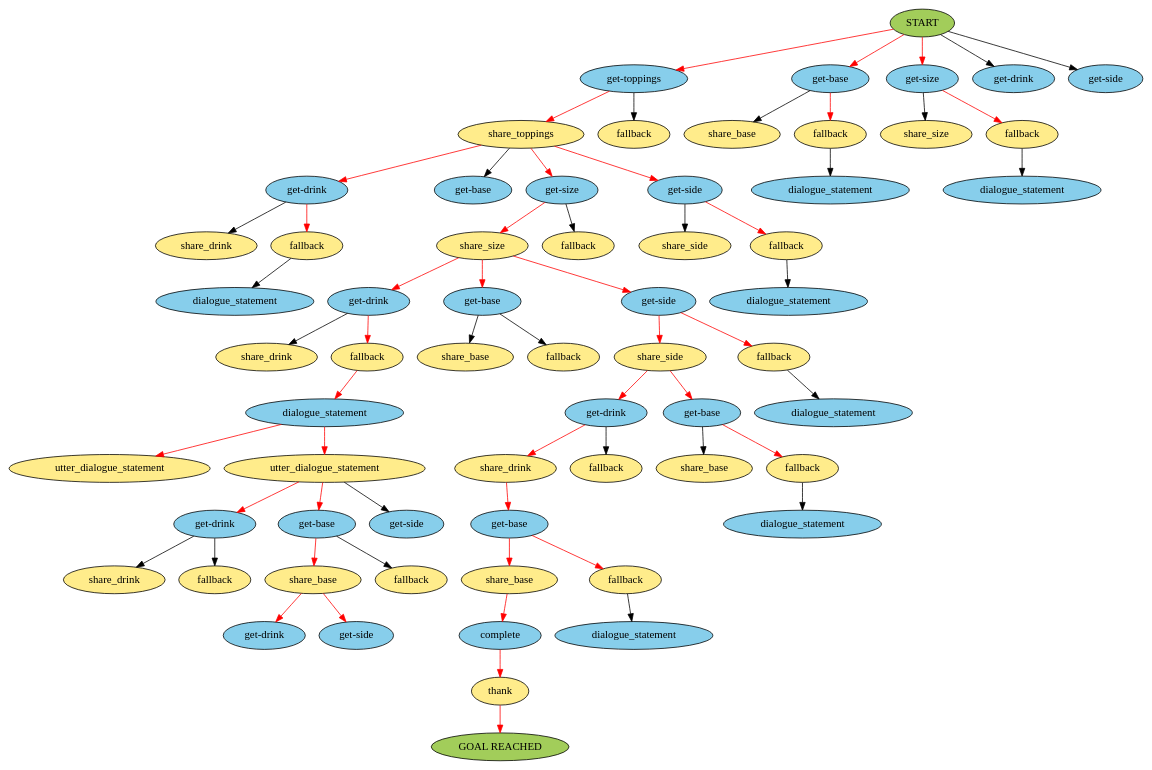
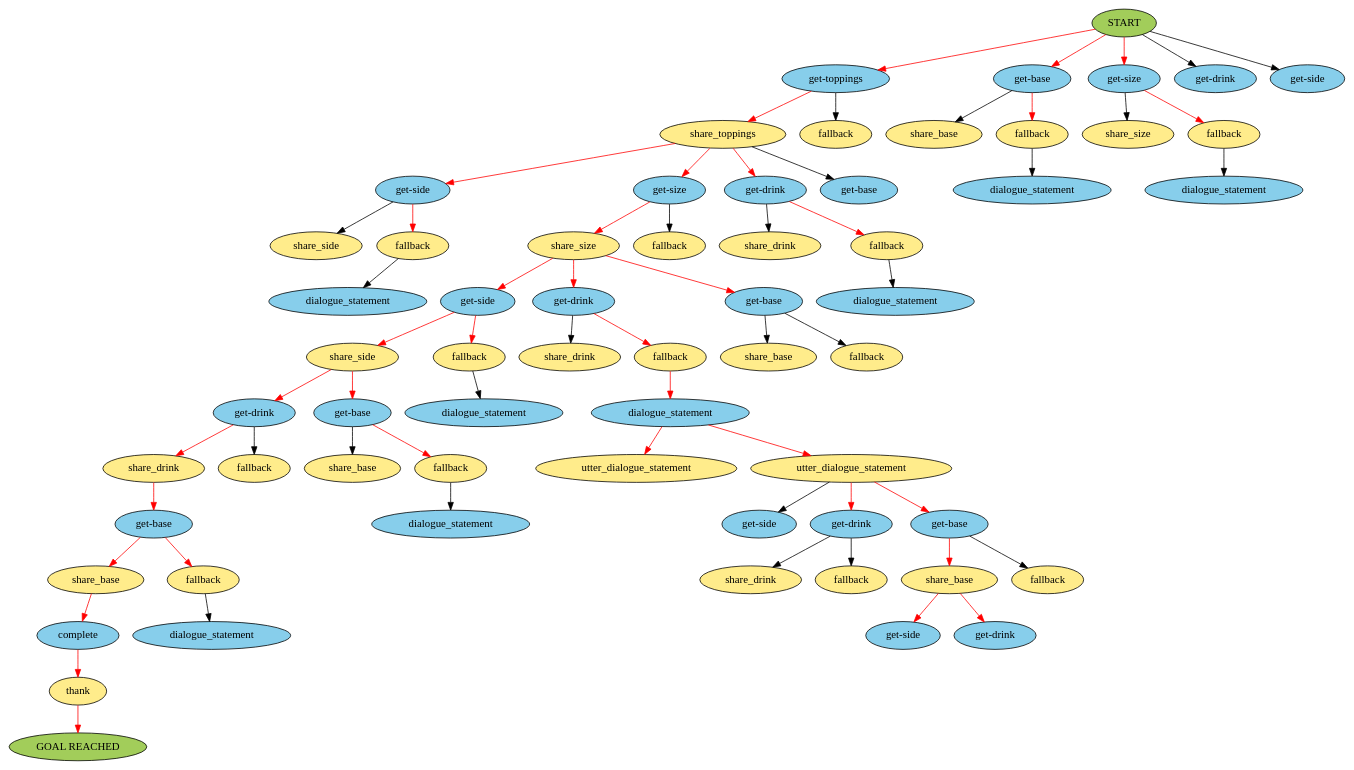
One commit to IBM/contingent-plan-executor changed the diagram in beam_search.gv. Above: the diagram before and after it, drawn with Graphviz. The commit also changed 3 other files, not shown here.

```diff
--- a/beam_search.gv
+++ b/beam_search.gv
@@ -1,125 +1,125 @@
 digraph {
 	0 [label=START fillcolor=darkolivegreen3 style=filled]
 	1 [label="get-toppings" fillcolor=skyblue style=filled]
 	0 -> 1 [color=red]
 	2 [label="get-base" fillcolor=skyblue style=filled]
 	0 -> 2 [color=red]
 	3 [label="get-size" fillcolor=skyblue style=filled]
 	0 -> 3 [color=red]
 	4 [label="get-drink" fillcolor=skyblue style=filled]
 	0 -> 4 [color=black]
 	5 [label="get-side" fillcolor=skyblue style=filled]
 	0 -> 5 [color=black]
 	6 [label=share_toppings fillcolor=lightgoldenrod1 style=filled]
 	1 -> 6 [color=red]
 	7 [label=fallback fillcolor=lightgoldenrod1 style=filled]
 	1 -> 7 [color=black]
 	8 [label=share_base fillcolor=lightgoldenrod1 style=filled]
 	2 -> 8 [color=black]
 	9 [label=fallback fillcolor=lightgoldenrod1 style=filled]
 	2 -> 9 [color=red]
 	10 [label=share_size fillcolor=lightgoldenrod1 style=filled]
 	3 -> 10 [color=black]
 	11 [label=fallback fillcolor=lightgoldenrod1 style=filled]
 	3 -> 11 [color=red]
-	12 [label="get-drink" fillcolor=skyblue style=filled]
+	12 [label="get-side" fillcolor=skyblue style=filled]
 	6 -> 12 [color=red]
-	13 [label="get-base" fillcolor=skyblue style=filled]
-	6 -> 13 [color=black]
-	14 [label="get-size" fillcolor=skyblue style=filled]
+	13 [label="get-size" fillcolor=skyblue style=filled]
+	6 -> 13 [color=red]
+	14 [label="get-drink" fillcolor=skyblue style=filled]
 	6 -> 14 [color=red]
-	15 [label="get-side" fillcolor=skyblue style=filled]
-	6 -> 15 [color=red]
+	15 [label="get-base" fillcolor=skyblue style=filled]
+	6 -> 15 [color=black]
 	16 [label=dialogue_statement fillcolor=skyblue style=filled]
 	9 -> 16 [color=black]
 	17 [label=dialogue_statement fillcolor=skyblue style=filled]
 	11 -> 17 [color=black]
 	18 [label=share_size fillcolor=lightgoldenrod1 style=filled]
-	14 -> 18 [color=red]
+	13 -> 18 [color=red]
 	19 [label=fallback fillcolor=lightgoldenrod1 style=filled]
-	14 -> 19 [color=black]
+	13 -> 19 [color=black]
 	20 [label=share_side fillcolor=lightgoldenrod1 style=filled]
-	15 -> 20 [color=black]
+	12 -> 20 [color=black]
 	21 [label=fallback fillcolor=lightgoldenrod1 style=filled]
-	15 -> 21 [color=red]
+	12 -> 21 [color=red]
 	22 [label=share_drink fillcolor=lightgoldenrod1 style=filled]
-	12 -> 22 [color=black]
+	14 -> 22 [color=black]
 	23 [label=fallback fillcolor=lightgoldenrod1 style=filled]
-	12 -> 23 [color=red]
-	24 [label="get-drink" fillcolor=skyblue style=filled]
+	14 -> 23 [color=red]
+	24 [label="get-side" fillcolor=skyblue style=filled]
 	18 -> 24 [color=red]
-	25 [label="get-base" fillcolor=skyblue style=filled]
+	25 [label="get-drink" fillcolor=skyblue style=filled]
 	18 -> 25 [color=red]
-	26 [label="get-side" fillcolor=skyblue style=filled]
+	26 [label="get-base" fillcolor=skyblue style=filled]
 	18 -> 26 [color=red]
 	27 [label=dialogue_statement fillcolor=skyblue style=filled]
 	21 -> 27 [color=black]
 	28 [label=dialogue_statement fillcolor=skyblue style=filled]
 	23 -> 28 [color=black]
 	29 [label=share_side fillcolor=lightgoldenrod1 style=filled]
-	26 -> 29 [color=red]
+	24 -> 29 [color=red]
 	30 [label=fallback fillcolor=lightgoldenrod1 style=filled]
-	26 -> 30 [color=red]
+	24 -> 30 [color=red]
 	31 [label=share_drink fillcolor=lightgoldenrod1 style=filled]
-	24 -> 31 [color=black]
+	25 -> 31 [color=black]
 	32 [label=fallback fillcolor=lightgoldenrod1 style=filled]
-	24 -> 32 [color=red]
+	25 -> 32 [color=red]
 	33 [label=share_base fillcolor=lightgoldenrod1 style=filled]
-	25 -> 33 [color=black]
+	26 -> 33 [color=black]
 	34 [label=fallback fillcolor=lightgoldenrod1 style=filled]
-	25 -> 34 [color=black]
+	26 -> 34 [color=black]
 	35 [label="get-drink" fillcolor=skyblue style=filled]
 	29 -> 35 [color=red]
 	36 [label="get-base" fillcolor=skyblue style=filled]
 	29 -> 36 [color=red]
 	37 [label=dialogue_statement fillcolor=skyblue style=filled]
 	32 -> 37 [color=red]
 	38 [label=dialogue_statement fillcolor=skyblue style=filled]
 	30 -> 38 [color=black]
 	39 [label=utter_dialogue_statement fillcolor=lightgoldenrod1 style=filled]
 	37 -> 39 [color=red]
 	40 [label=share_drink fillcolor=lightgoldenrod1 style=filled]
 	35 -> 40 [color=red]
 	41 [label=fallback fillcolor=lightgoldenrod1 style=filled]
 	35 -> 41 [color=black]
 	42 [label=share_base fillcolor=lightgoldenrod1 style=filled]
 	36 -> 42 [color=black]
 	43 [label=fallback fillcolor=lightgoldenrod1 style=filled]
 	36 -> 43 [color=red]
 	44 [label=utter_dialogue_statement fillcolor=lightgoldenrod1 style=filled]
 	37 -> 44 [color=red]
 	45 [label="get-base" fillcolor=skyblue style=filled]
 	40 -> 45 [color=red]
-	46 [label="get-drink" fillcolor=skyblue style=filled]
-	44 -> 46 [color=red]
-	47 [label="get-base" fillcolor=skyblue style=filled]
+	46 [label="get-side" fillcolor=skyblue style=filled]
+	44 -> 46 [color=black]
+	47 [label="get-drink" fillcolor=skyblue style=filled]
 	44 -> 47 [color=red]
-	48 [label="get-side" fillcolor=skyblue style=filled]
-	44 -> 48 [color=black]
+	48 [label="get-base" fillcolor=skyblue style=filled]
+	44 -> 48 [color=red]
 	49 [label=dialogue_statement fillcolor=skyblue style=filled]
 	43 -> 49 [color=black]
 	50 [label=share_base fillcolor=lightgoldenrod1 style=filled]
 	45 -> 50 [color=red]
 	51 [label=fallback fillcolor=lightgoldenrod1 style=filled]
 	45 -> 51 [color=red]
 	52 [label=share_base fillcolor=lightgoldenrod1 style=filled]
-	47 -> 52 [color=red]
+	48 -> 52 [color=red]
 	53 [label=fallback fillcolor=lightgoldenrod1 style=filled]
-	47 -> 53 [color=black]
+	48 -> 53 [color=black]
 	54 [label=share_drink fillcolor=lightgoldenrod1 style=filled]
-	46 -> 54 [color=black]
+	47 -> 54 [color=black]
 	55 [label=fallback fillcolor=lightgoldenrod1 style=filled]
-	46 -> 55 [color=black]
+	47 -> 55 [color=black]
 	56 [label=complete fillcolor=skyblue style=filled]
 	50 -> 56 [color=red]
-	57 [label="get-drink" fillcolor=skyblue style=filled]
+	57 [label="get-side" fillcolor=skyblue style=filled]
 	52 -> 57 [color=red]
-	58 [label="get-side" fillcolor=skyblue style=filled]
+	58 [label="get-drink" fillcolor=skyblue style=filled]
 	52 -> 58 [color=red]
 	59 [label=dialogue_statement fillcolor=skyblue style=filled]
 	51 -> 59 [color=black]
 	60 [label=thank fillcolor=lightgoldenrod1 style=filled]
 	56 -> 60 [color=red]
 	61 [label="GOAL REACHED" fillcolor=darkolivegreen3 style=filled]
 	60 -> 61 [color=red]
 }
```
